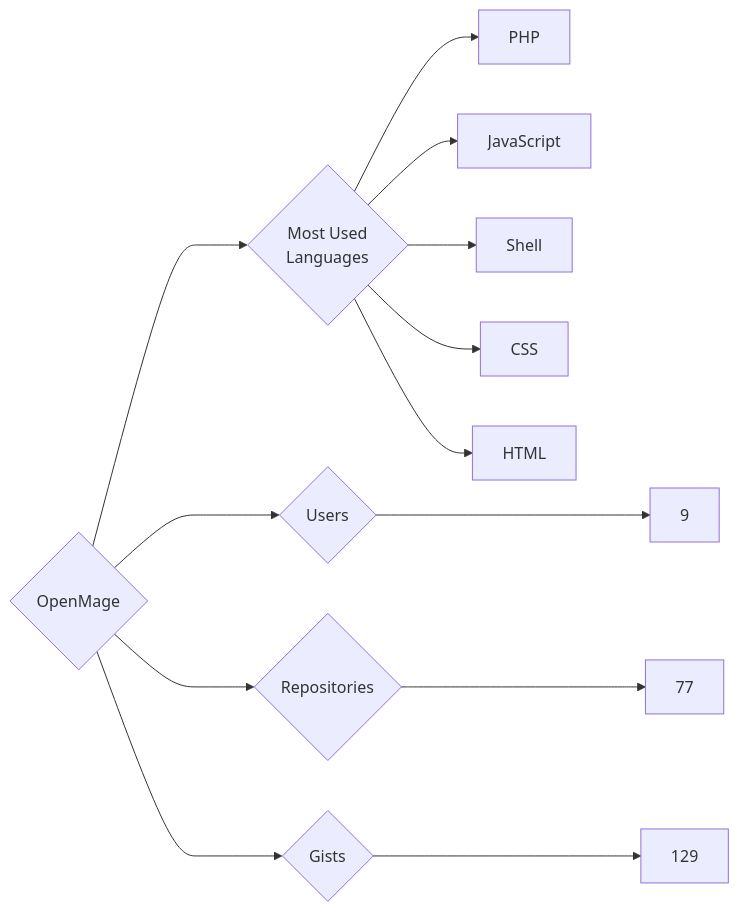
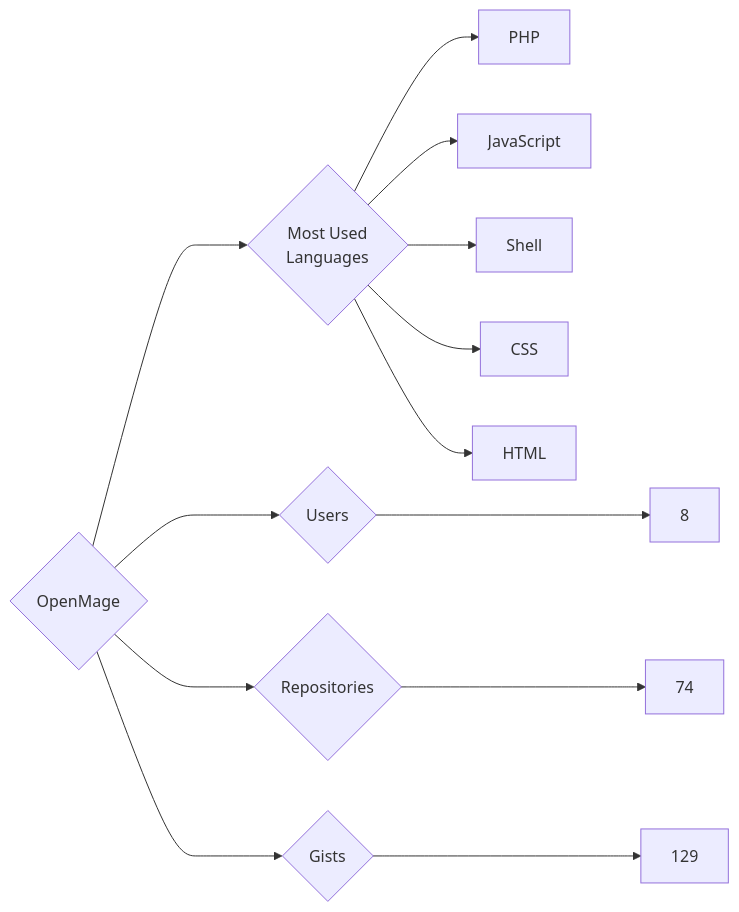
One commit to trickest/insiders changed the diagram in targets/OpenMage/README.md. Above: the diagram before and after it, drawn with Mermaid. The commit also changed 1508 other files, not shown here.

````diff
--- a/targets/OpenMage/README.md
+++ b/targets/OpenMage/README.md
@@ -3,13 +3,13 @@
 ```mermaid
 graph LR
 COMPANY_NAME{OpenMage}
-COMPANY_NAME ---> U{Users} ---> UN[9]
-COMPANY_NAME ---> R{Repositories} ---> RN[77]
+COMPANY_NAME ---> U{Users} ---> UN[8]
+COMPANY_NAME ---> R{Repositories} ---> RN[74]
 COMPANY_NAME ---> G{Gists} ---> GN[129]
 COMPANY_NAME ---> ML{Most Used<br>Languages}
 ML --> PHP[PHP]
 ML --> JavaScript[JavaScript]
 ML --> Shell[Shell]
 ML --> CSS[CSS]
 ML --> HTML[HTML]
 ```
````
